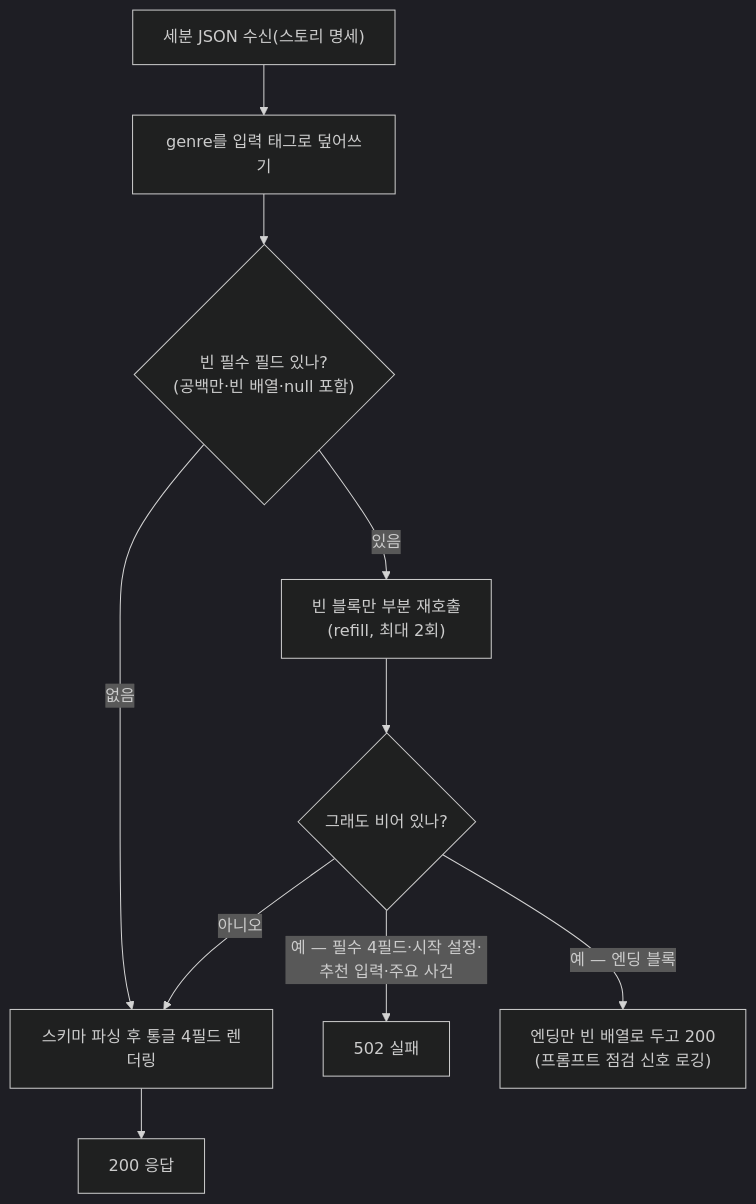
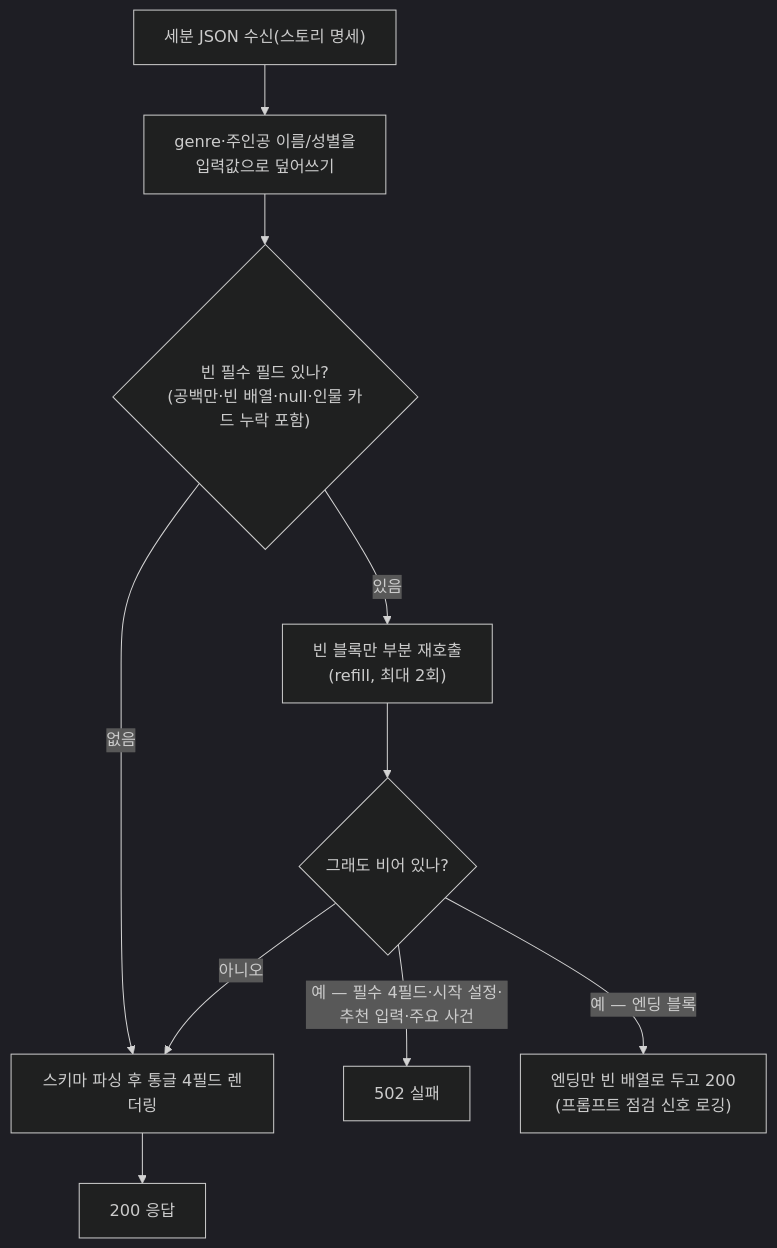
Before and after one commit to KIM-N-KANG/knk-harness: the third of 8 diagrams in docs/product-specs/5-ai-server.md, drawn with Mermaid (dark theme). The commit also changed other lines of this file and 7 other files, not shown here.

````diff
--- a/docs/product-specs/5-ai-server.md
+++ b/docs/product-specs/5-ai-server.md
@@ -452,12 +463,12 @@
 ```mermaid
 graph TD
-    In["세분 JSON 수신(스토리 명세)"] --> Genre["genre를 입력 태그로 덮어쓰기"]
-    Genre --> Check{"빈 필수 필드 있나?<br/>(공백만·빈 배열·null 포함)"}
+    In["세분 JSON 수신(스토리 명세)"] --> Inject["genre·주인공 이름/성별을<br/>입력값으로 덮어쓰기"]
+    Inject --> Check{"빈 필수 필드 있나?<br/>(공백만·빈 배열·null·인물 카드 누락 포함)"}
     Check -->|없음| Render["스키마 파싱 후 통글 4필드 렌더링"]
     Render --> OK[200 응답]
     Check -->|있음| Refill["빈 블록만 부분 재호출<br/>(refill, 최대 2회)"]
     Refill --> Re{"그래도 비어 있나?"}
     Re -->|아니오| Render
     Re -->|"예 — 필수 4필드·시작 설정·추천 입력·주요 사건"| F502[502 실패]
     Re -->|"예 — 엔딩 블록"| Empty["엔딩만 빈 배열로 두고 200<br/>(프롬프트 점검 신호 로깅)"]
 ```
````
